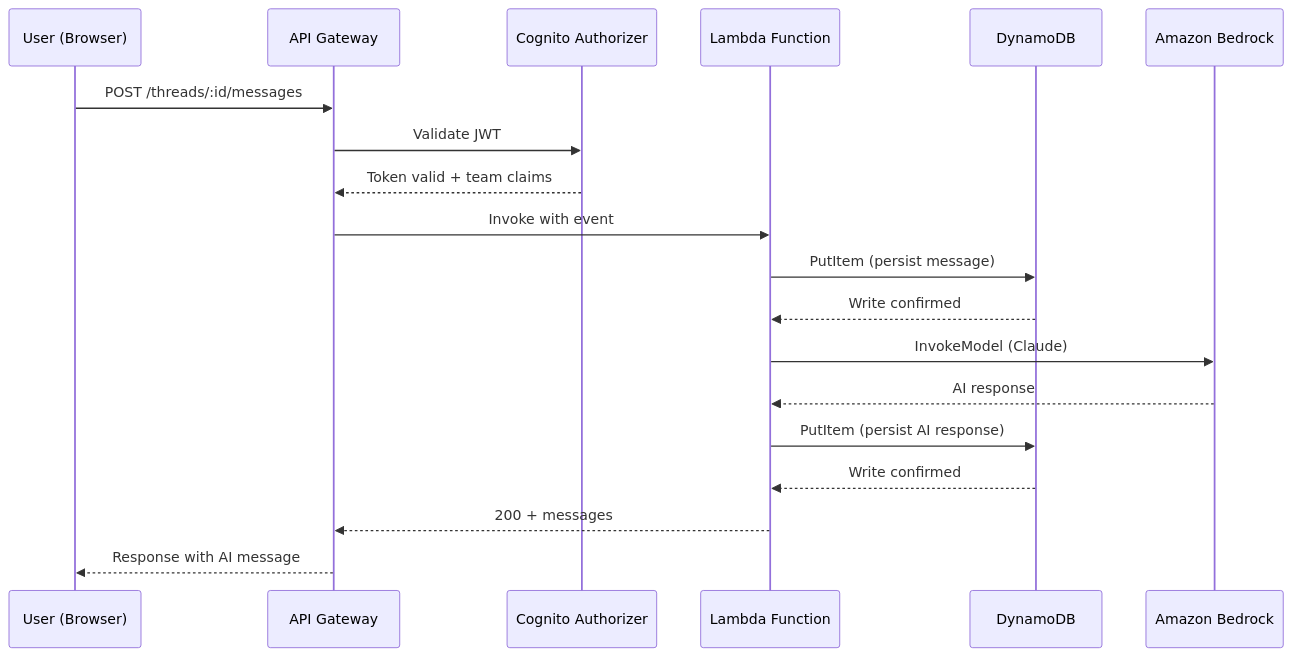
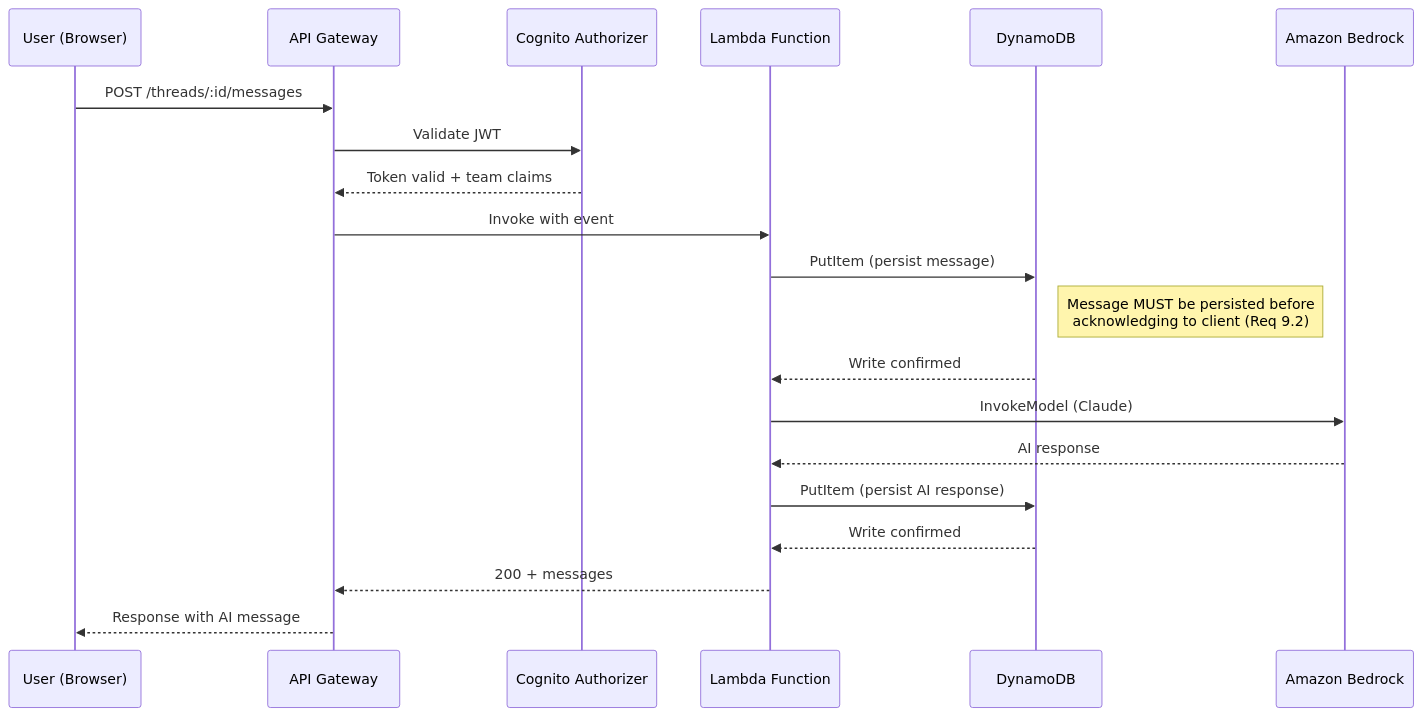
Before and after one commit to sburgholzer/chalk: the second of 4 diagrams in .kiro/specs/architecture-decision-room/design.md, drawn with Mermaid. The commit also changed other lines of this file and 1 other file, not shown here.

````diff
--- a/.kiro/specs/architecture-decision-room/design.md
+++ b/.kiro/specs/architecture-decision-room/design.md
@@ -89,22 +89,23 @@
 ```mermaid
 sequenceDiagram
     participant U as User (Browser)
     participant AG as API Gateway
     participant Auth as Cognito Authorizer
     participant Lambda as Lambda Function
     participant DDB as DynamoDB
     participant Bedrock as Amazon Bedrock
 
     U->>AG: POST /threads/:id/messages
     AG->>Auth: Validate JWT
     Auth-->>AG: Token valid + team claims
     AG->>Lambda: Invoke with event
     Lambda->>DDB: PutItem (persist message)
+    Note right of DDB: Message MUST be persisted before<br/>acknowledging to client (Req 9.2)
     DDB-->>Lambda: Write confirmed
     Lambda->>Bedrock: InvokeModel (Claude)
     Bedrock-->>Lambda: AI response
     Lambda->>DDB: PutItem (persist AI response)
     DDB-->>Lambda: Write confirmed
     Lambda-->>AG: 200 + messages
     AG-->>U: Response with AI message
 ```
````
